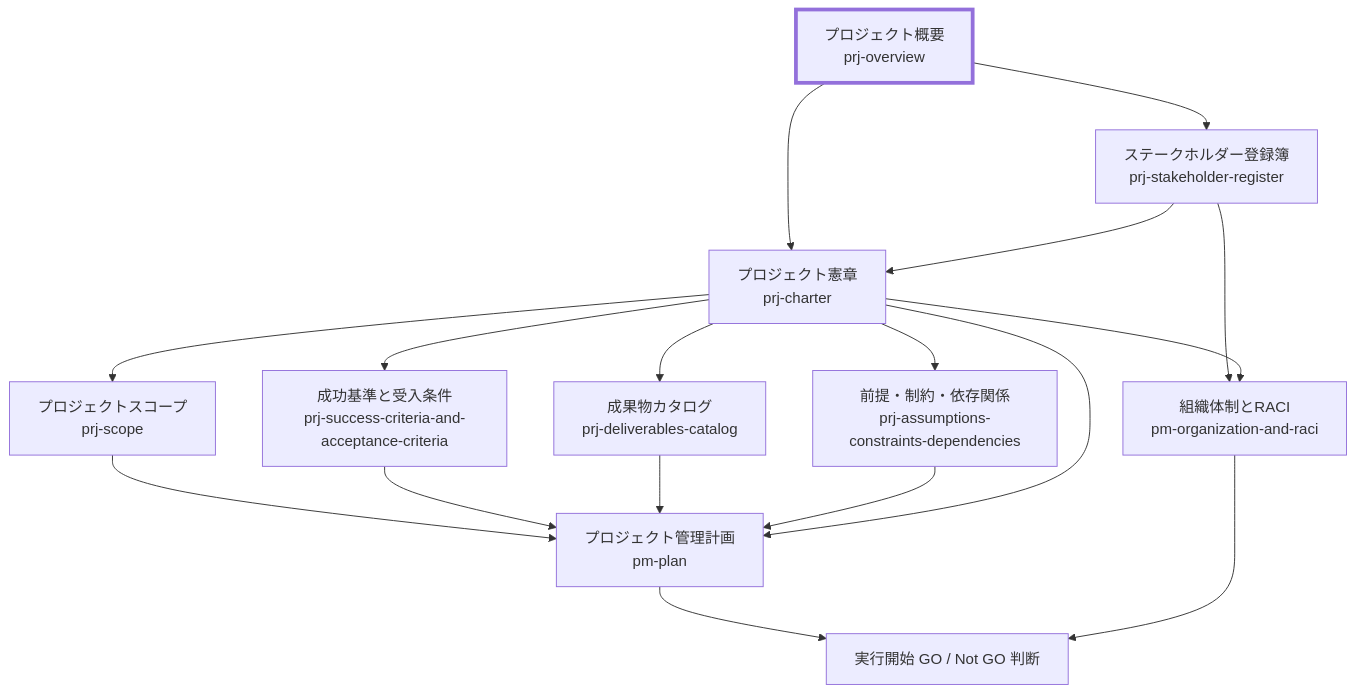
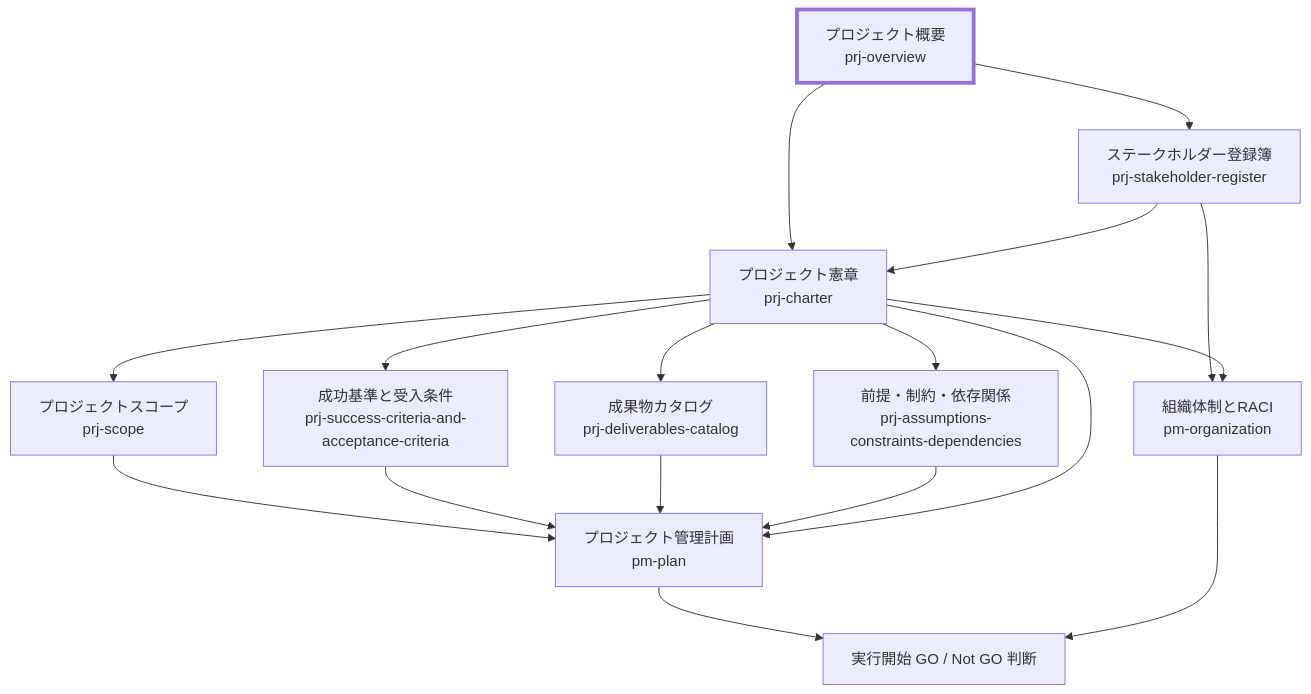
One commit to specdojo/specdojo-handbook changed the diagram in docs/ja/specdojo/rulebooks/prj-overview-rulebook.md. Above: the diagram before and after it, drawn with Mermaid. The commit also changed 19 other files, not shown here.

````diff
--- a/docs/ja/specdojo/rulebooks/prj-overview-rulebook.md
+++ b/docs/ja/specdojo/rulebooks/prj-overview-rulebook.md
@@ -28,39 +28,39 @@
 ```mermaid
 flowchart TD
   POV["プロジェクト概要<br/>prj-overview"]
   SHR["ステークホルダー登録簿<br/>prj-stakeholder-register"]
   PCH["プロジェクト憲章<br/>prj-charter"]
 
   PSC["プロジェクトスコープ<br/>prj-scope"]
   SCA["成功基準と受入条件<br/>prj-success-criteria-and-acceptance-criteria"]
   DVC["成果物カタログ<br/>prj-deliverables-catalog"]
   ACD["前提・制約・依存関係<br/>prj-assumptions-constraints-dependencies"]
 
   PMP["プロジェクト管理計画<br/>pm-plan"]
-  RAC["組織体制とRACI<br/>pm-organization-and-raci"]
+  RAC["組織体制とRACI<br/>pm-organization"]
   GNG["実行開始 GO / Not GO 判断"]
 
   POV --> SHR
   POV --> PCH
   SHR --> PCH
 
   PCH --> PSC
   PCH --> SCA
   PCH --> DVC
   PCH --> ACD
 
   PSC --> PMP
   SCA --> PMP
   DVC --> PMP
   ACD --> PMP
   PCH --> PMP
 
   SHR --> RAC
   PCH --> RAC
 
   PMP --> GNG
   RAC --> GNG
 
   classDef target stroke-width:4px
   class POV target
 ```
````
